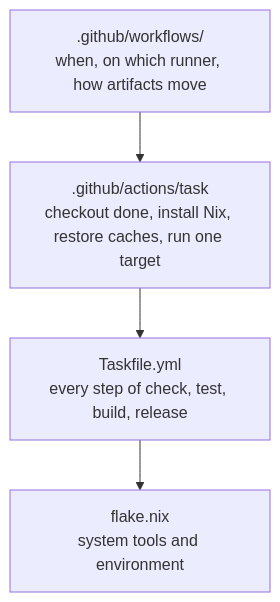
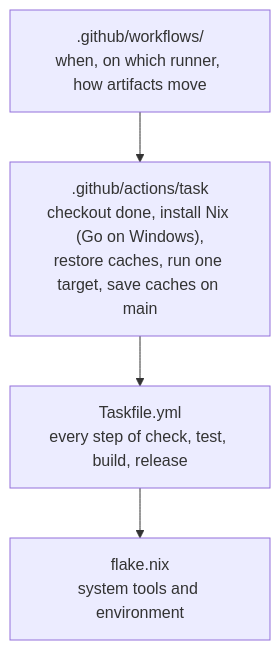
Before and after one commit to discobox-ai/discobox: the third of 5 diagrams in DESIGN.md, drawn with Mermaid. The commit also changed other lines of this file and 2 other files, not shown here.

First line of the commit message:
ci: save caches from every run on main, and list the workspace once

````diff
--- a/DESIGN.md
+++ b/DESIGN.md
@@ -233,9 +233,9 @@
 ```mermaid
 flowchart TD
     workflows[".github/workflows/<br/>when, on which runner, how artifacts move"]
-    action[".github/actions/task<br/>checkout done, install Nix, restore caches, run one target"]
+    action[".github/actions/task<br/>checkout done, install Nix (Go on Windows),<br/>restore caches, run one target, save caches on main"]
     taskfile["Taskfile.yml<br/>every step of check, test, build, release"]
     flake["flake.nix<br/>system tools and environment"]
 
     workflows --> action --> taskfile --> flake
 ```
````
